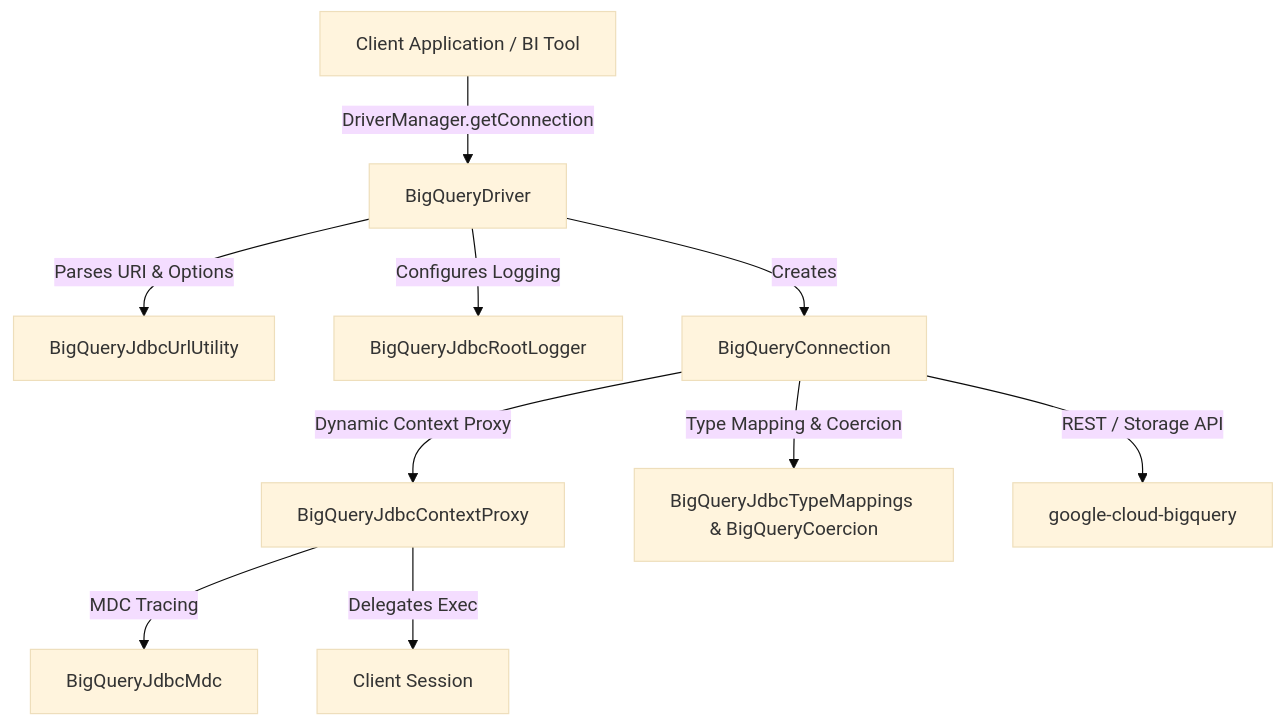
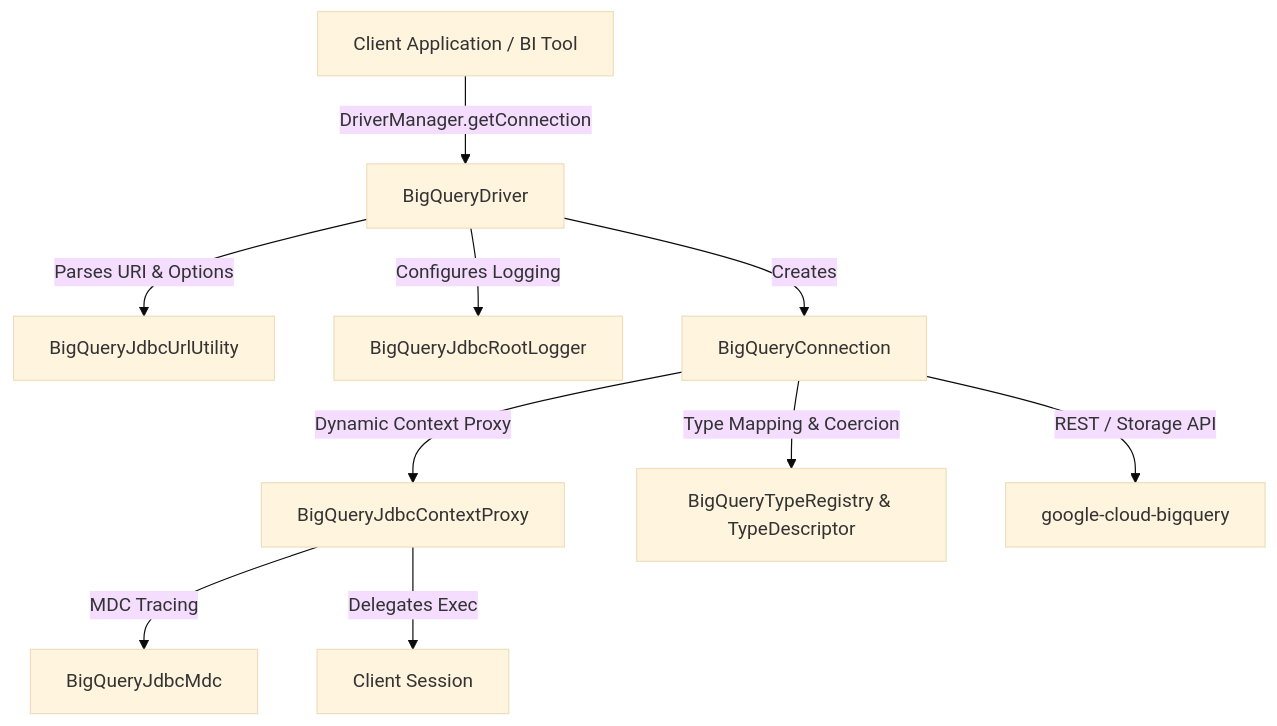
The diagram in java-bigquery-jdbc/DEVELOPMENT.md (googleapis/google-cloud-java), drawn with Mermaid (base theme) before and after one commit. The commit also changed other lines of this file and 5 other files, not shown here.

````diff
--- a/java-bigquery-jdbc/DEVELOPMENT.md
+++ b/java-bigquery-jdbc/DEVELOPMENT.md
@@ -26,12 +27,12 @@
 ```mermaid
 graph TD
     Client[Client Application / BI Tool] -->|DriverManager.getConnection| Driver[BigQueryDriver]
     Driver -->|Parses URI & Options| UrlUtil[BigQueryJdbcUrlUtility]
     Driver -->|Configures Logging| RootLogger[BigQueryJdbcRootLogger]
     Driver -->|Creates| Conn[BigQueryConnection]
     Conn -->|Dynamic Context Proxy| Proxy[BigQueryJdbcContextProxy]
     Proxy -->|MDC Tracing| Mdc[BigQueryJdbcMdc]
     Proxy -->|Delegates Exec| DirectConn[Client Session]
-    Conn -->|Type Mapping & Coercion| Coercion[BigQueryJdbcTypeMappings & BigQueryCoercion]
+    Conn -->|Type Mapping & Coercion| Coercion[BigQueryTypeRegistry & TypeDescriptor]
     Conn -->|REST / Storage API| BQSDK[google-cloud-bigquery]
 ```
````
